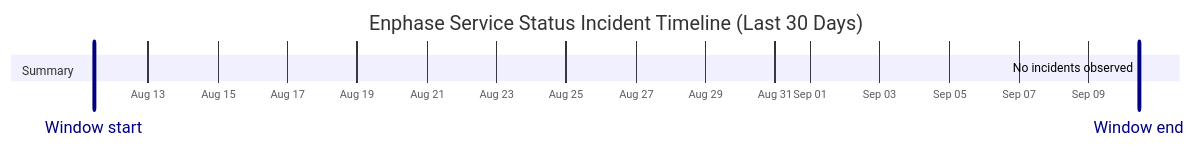
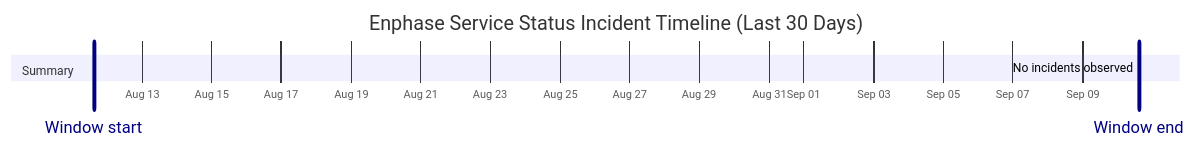
Before and after one commit to barneyonline/ha-enphase-energy: the diagram in wiki/Service-Status-History.md, drawn with Mermaid. The commit also changed other lines of this file and 3 other files, not shown here.

````diff
--- a/wiki/Service-Status-History.md
+++ b/wiki/Service-Status-History.md
@@ -14,10 +14,10 @@
 ```mermaid
 gantt
     title Enphase Service Status Incident Timeline (Last 30 Days)
     dateFormat  YYYY-MM-DDTHH:mm:ss
     axisFormat  %b %d
-    Window start :vert, window-start, 2026-08-11T10:39:16, 0ms
-    Window end :vert, window-end, 2026-09-10T10:39:16, 0ms
+    Window start :vert, window-start, 2026-08-11T14:50:01, 0ms
+    Window end :vert, window-end, 2026-09-10T14:50:01, 0ms
     section Summary
-    No incidents observed :done, 2026-09-10T10:39:16, 1m
+    No incidents observed :done, 2026-09-10T14:50:01, 1m
 ```
````
